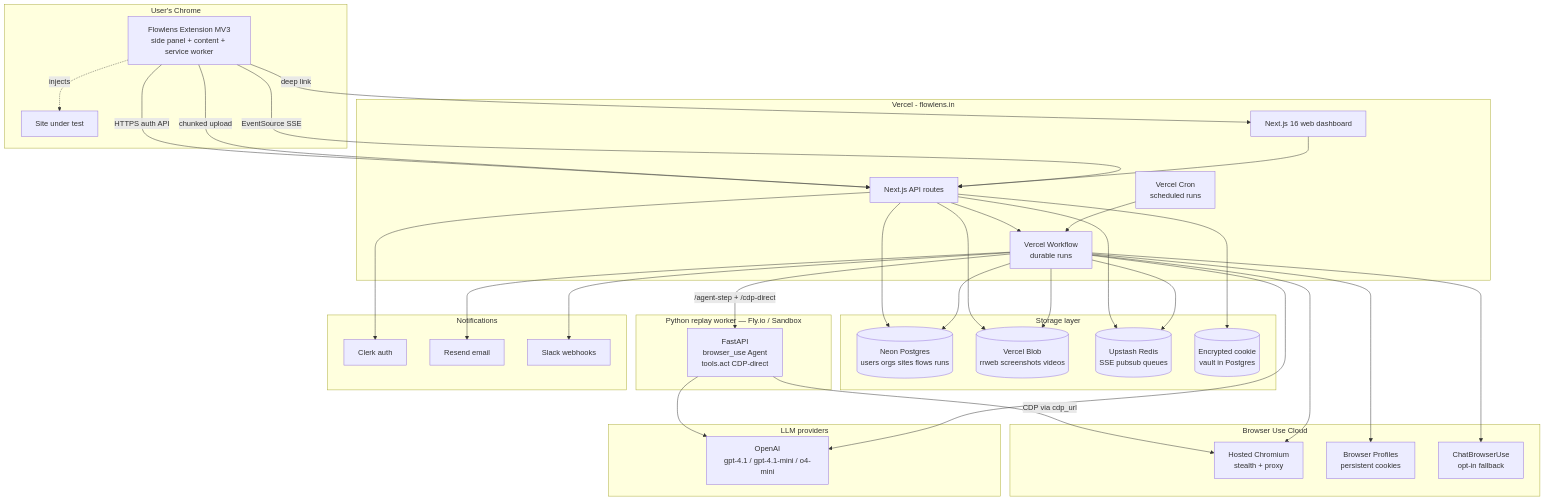
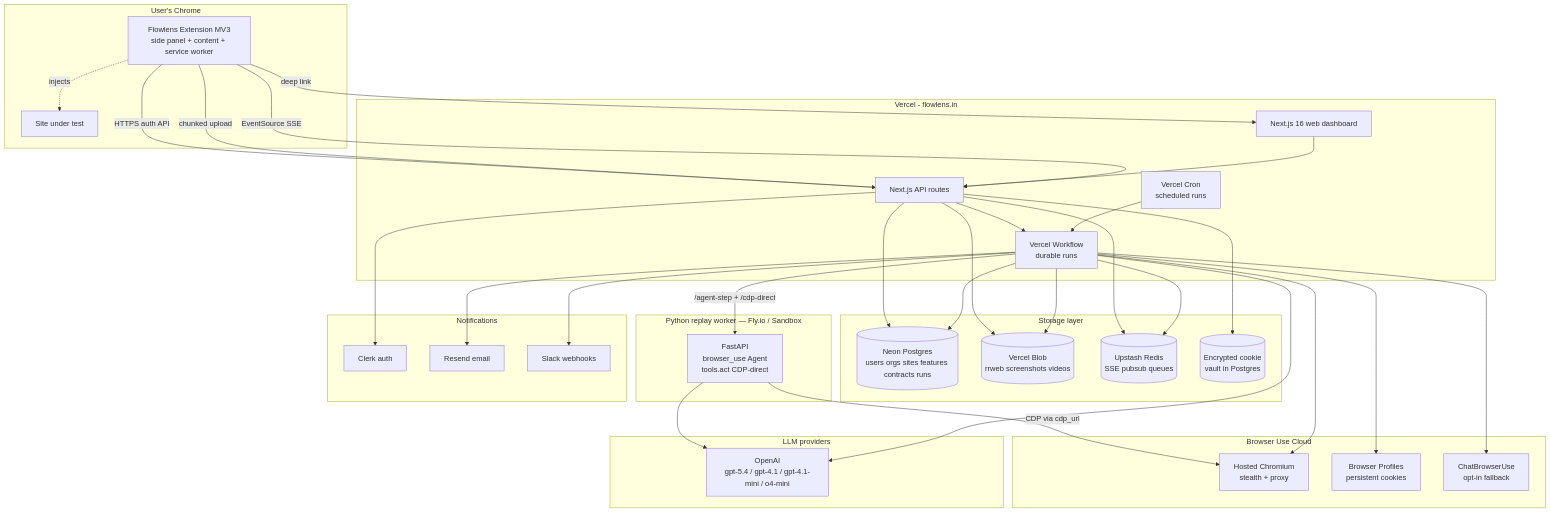
Before and after one commit to RushikeshTammewar/flowlens: the second of 6 diagrams in docs/v3/HLD.md, drawn with Mermaid. The commit also changed other lines of this file, not shown here.

````diff
--- a/docs/v3/HLD.md
+++ b/docs/v3/HLD.md
@@ -104,67 +114,67 @@
 ```mermaid
 flowchart TB
     subgraph User[User's Chrome]
         Ext[Flowlens Extension MV3<br/>side panel + content + service worker]
         Site[Site under test]
         Ext -.injects.-> Site
     end
 
     subgraph Vercel[Vercel - flowlens.in]
         Web[Next.js 16 web dashboard]
         API[Next.js API routes]
         WF[Vercel Workflow<br/>durable runs]
         Cron[Vercel Cron<br/>scheduled runs]
     end
 
     subgraph Storage[Storage layer]
-        DB[(Neon Postgres<br/>users orgs sites flows runs)]
+        DB[(Neon Postgres<br/>users orgs sites features contracts runs)]
         Blob[(Vercel Blob<br/>rrweb screenshots videos)]
         Redis[(Upstash Redis<br/>SSE pubsub queues)]
         Vault[(Encrypted cookie<br/>vault in Postgres)]
     end
 
     subgraph Sidecar[Python replay worker — Fly.io / Sandbox]
         Worker[FastAPI<br/>browser_use Agent<br/>tools.act CDP-direct]
     end
 
     subgraph BU[Browser Use Cloud]
         BUSession[Hosted Chromium<br/>stealth + proxy]
         BUProfile[Browser Profiles<br/>persistent cookies]
         BULLM[ChatBrowserUse<br/>opt-in fallback]
     end
 
     subgraph LLMs[LLM providers]
-        OpenAI[OpenAI<br/>gpt-4.1 / gpt-4.1-mini / o4-mini]
+        OpenAI[OpenAI<br/>gpt-5.4 / gpt-4.1 / gpt-4.1-mini / o4-mini]
     end
 
     subgraph Notify[Notifications]
         Clerk[Clerk auth]
         Resend[Resend email]
         Slack[Slack webhooks]
     end
 
     Ext -->|HTTPS auth API| API
     Ext -->|chunked upload| API
     Ext -->|EventSource SSE| API
     API --> DB
     API --> Blob
     API --> Vault
     API --> Redis
     API --> WF
     Cron --> WF
     WF -->|/agent-step + /cdp-direct| Worker
     Worker -->|CDP via cdp_url| BUSession
     Worker --> OpenAI
     WF --> BUSession
     WF --> BUProfile
     WF --> BULLM
     WF --> OpenAI
     WF --> DB
     WF --> Blob
     WF --> Redis
     Web --> API
     API --> Clerk
     WF --> Resend
     WF --> Slack
     Ext -->|deep link| Web
 ```
````
